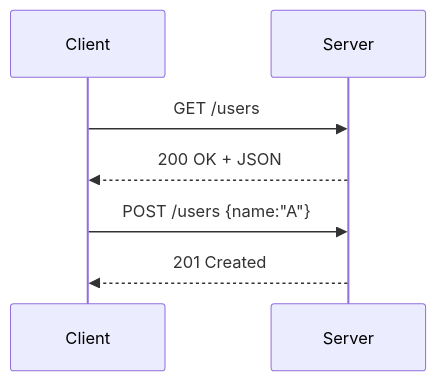
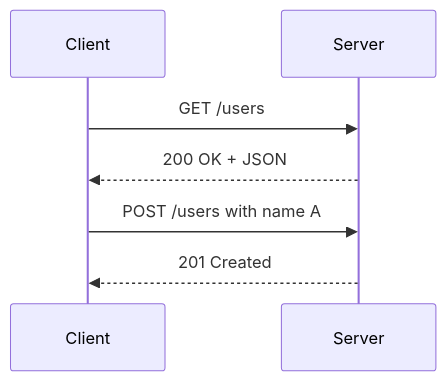
Diagram 13 of 19 in _01_JavaScript/JavaScript.md (DipanPramanik098/Thunder-100-Days-Of-Code), drawn with Mermaid before and after one commit. The commit also changed other lines of this file, not shown here.

````diff
--- a/_01_JavaScript/JavaScript.md
+++ b/_01_JavaScript/JavaScript.md
@@ -595,9 +595,9 @@
 ```mermaid
 sequenceDiagram
     participant C as Client
     participant S as Server
     C->>S: GET /users
     S-->>C: 200 OK + JSON
-    C->>S: POST /users {name:"A"}
+    C->>S: POST /users with name A
     S-->>C: 201 Created
 ```
````
